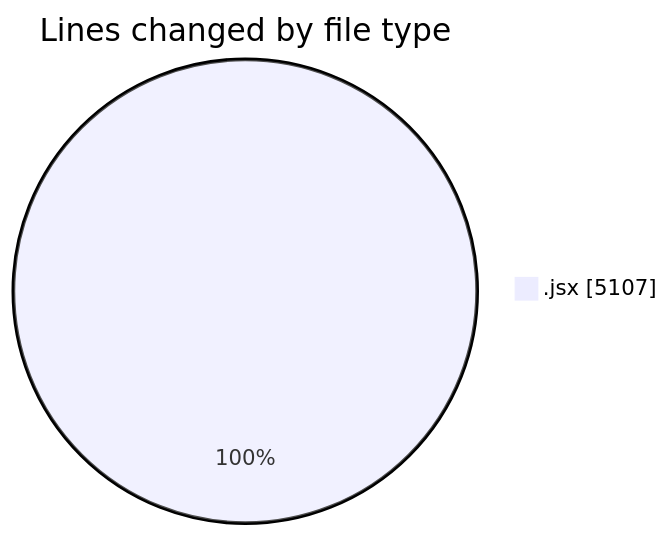
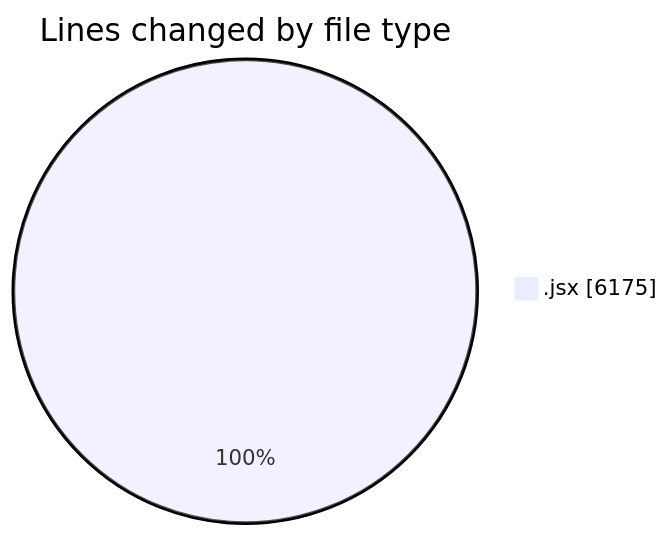
Before and after one commit to nxtqubesakshisongat/code-tracking: the first of 2 diagrams in 2025-05-14/argos-dev/README.md, drawn with Mermaid. The commit also changed other lines of this file and 1 other file, not shown here.

````diff
--- a/2025-05-14/argos-dev/README.md
+++ b/2025-05-14/argos-dev/README.md
@@ -27,5 +27,5 @@
 ```mermaid
 pie showData
 title Lines changed by file type
-".jsx" : 5107
+".jsx" : 6175
 ```
````
